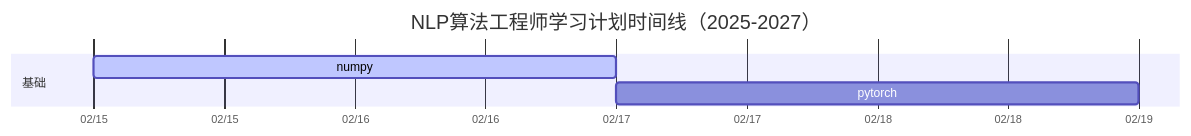
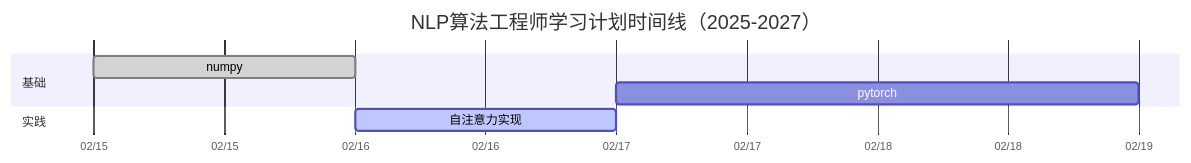
Before and after one commit to FLFoxMail/nlp: the diagram in 01 NLP核心模型与算法/第一阶段学习计划.md, drawn with Mermaid. The commit also changed 3 other files, not shown here.

````diff
--- a/01 NLP核心模型与算法/第一阶段学习计划.md
+++ b/01 NLP核心模型与算法/第一阶段学习计划.md
@@ -1,10 +1,14 @@
 ```mermaid
 gantt
     title NLP算法工程师学习计划时间线（2025-2027）
     dateFormat  YYYY-MM-DD
     axisFormat  %m/%d
 
     section 基础
-    numpy :active, numpy, 2025-02-15,  2d
-    pytorch :after numpy,  2d
+    numpy :done, numpy, 2025-02-15,  1d
+    pytorch : pytorch, after sa,  2d
+
+    section 实践
+    自注意力实现: active, sa, after numpy,  1d
+
 ```
````
